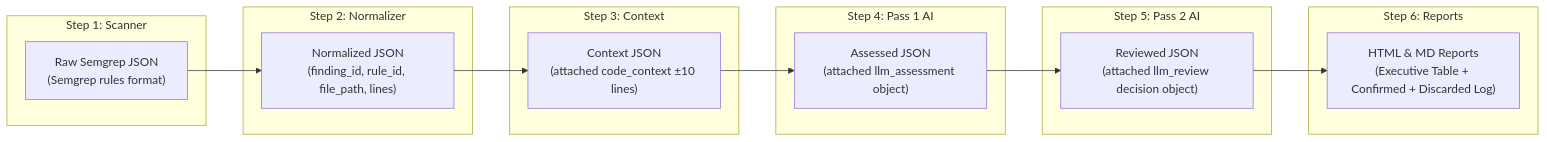
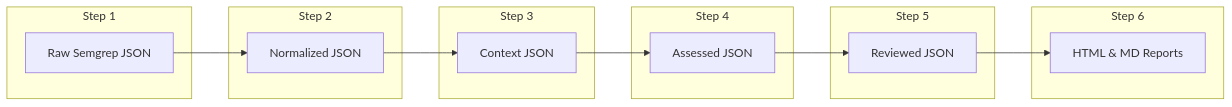
One commit to taha-mh/CCPL-SAST-DAST-Tool changed the third of 3 diagrams in docs/CODE_ARCHITECTURE_DIAGRAMS.md. Above: the diagram before and after it, drawn with Mermaid. The commit also changed other lines of this file, not shown here.

Commit message:
Optimize Mermaid diagram layouts for clean GitHub rendering

````diff
--- a/docs/CODE_ARCHITECTURE_DIAGRAMS.md
+++ b/docs/CODE_ARCHITECTURE_DIAGRAMS.md
@@ -94,28 +88,28 @@
 ```mermaid
 graph LR
-    subgraph Step 1: Scanner
-        RAW["Raw Semgrep JSON\n(Semgrep rules format)"]
+    subgraph Step 1
+        RAW["Raw Semgrep JSON"]
     end
 
-    subgraph Step 2: Normalizer
-        NORM["Normalized JSON\n(finding_id, rule_id, file_path, lines)"]
+    subgraph Step 2
+        NORM["Normalized JSON"]
     end
 
-    subgraph Step 3: Context
-        CTX["Context JSON\n(attached code_context ±10 lines)"]
+    subgraph Step 3
+        CTX["Context JSON"]
     end
 
-    subgraph Step 4: Pass 1 AI
-        ASSESSED["Assessed JSON\n(attached llm_assessment object)"]
+    subgraph Step 4
+        ASSESSED["Assessed JSON"]
     end
 
-    subgraph Step 5: Pass 2 AI
-        REVIEWED["Reviewed JSON\n(attached llm_review decision object)"]
+    subgraph Step 5
+        REVIEWED["Reviewed JSON"]
     end
 
-    subgraph Step 6: Reports
-        OUTPUT["HTML & MD Reports\n(Executive Table + Confirmed + Discarded Log)"]
+    subgraph Step 6
+        OUTPUT["HTML & MD Reports"]
     end
 
     RAW --> NORM --> CTX --> ASSESSED --> REVIEWED --> OUTPUT
 ```
````
